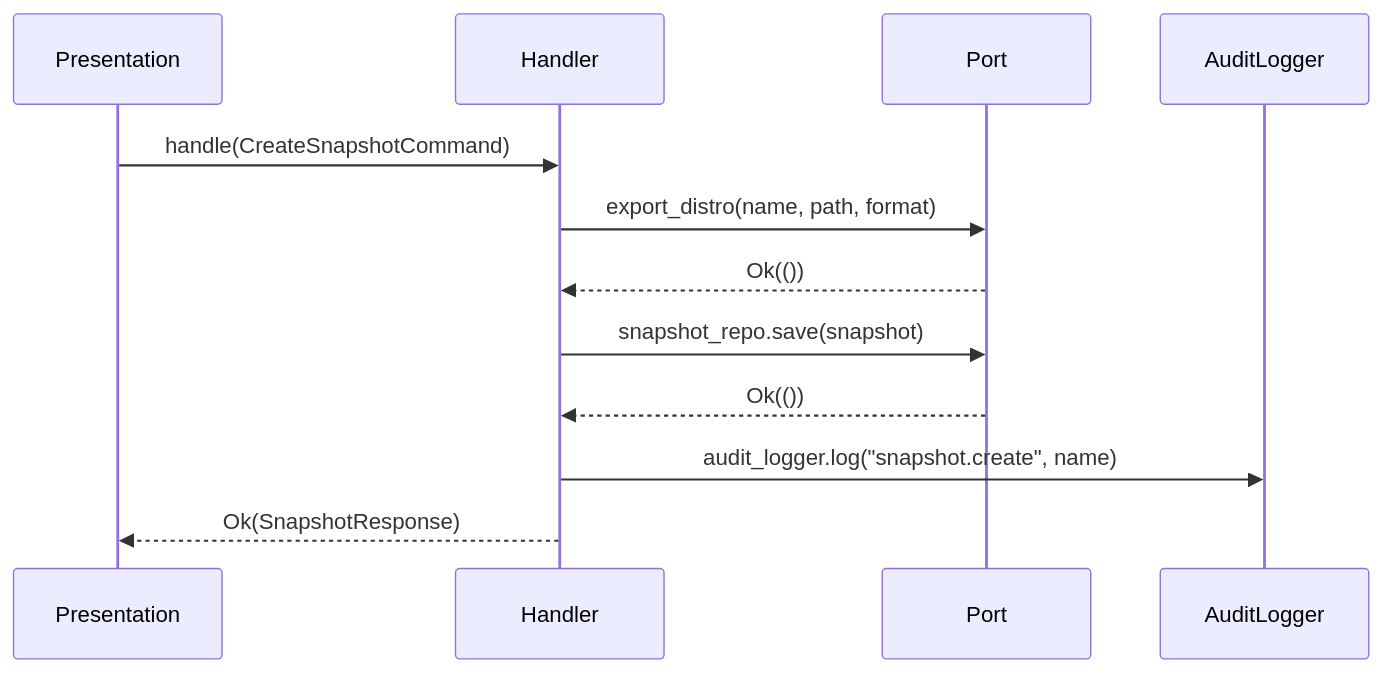
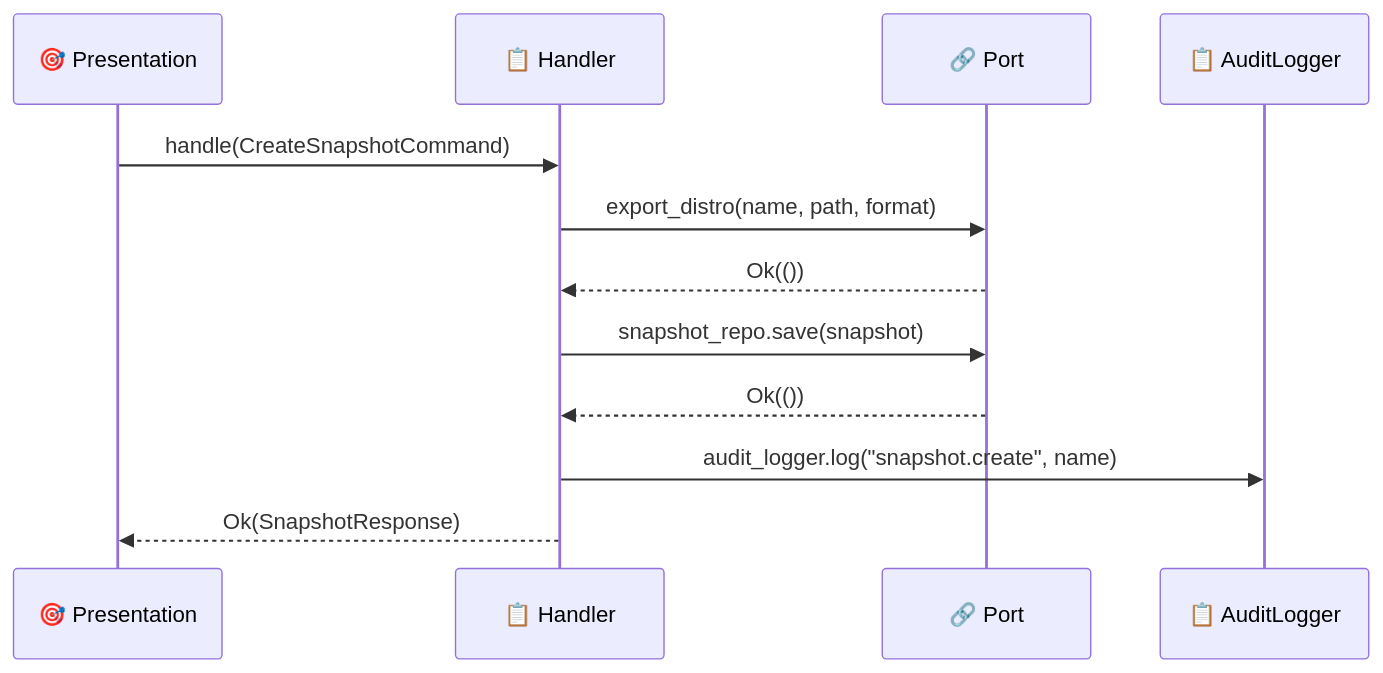
Before and after one commit to muchiny/wsl-dashboard: the second of 3 diagrams in src-tauri/src/application/README.md, drawn with Mermaid. The commit also changed other lines of this file and 14 other files, not shown here.

First line of the commit message:
chore: bump version to 1.0.1, enrich READMEs with emojis and mermaid diagrams

````diff
--- a/src-tauri/src/application/README.md
+++ b/src-tauri/src/application/README.md
@@ -69,15 +69,15 @@
 ```mermaid
 sequenceDiagram
-    participant P as Presentation
-    participant H as Handler
-    participant Port as Port
-    participant A as AuditLogger
+    participant P as 🎯 Presentation
+    participant H as 📋 Handler
+    participant Port as 🔗 Port
+    participant A as 📋 AuditLogger
 
     P->>H: handle(CreateSnapshotCommand)
     H->>Port: export_distro(name, path, format)
     Port-->>H: Ok(())
     H->>Port: snapshot_repo.save(snapshot)
     Port-->>H: Ok(())
     H->>A: audit_logger.log("snapshot.create", name)
     H-->>P: Ok(SnapshotResponse)
 ```
````
